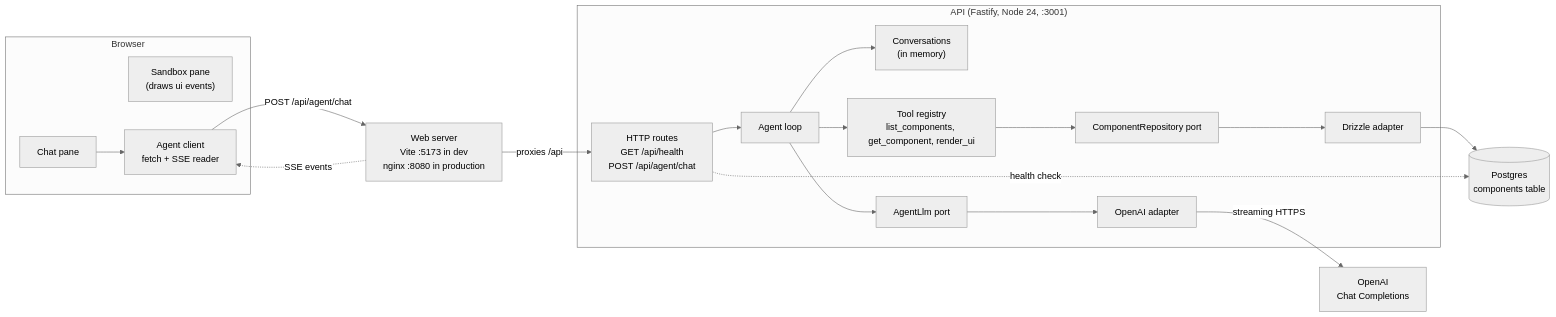
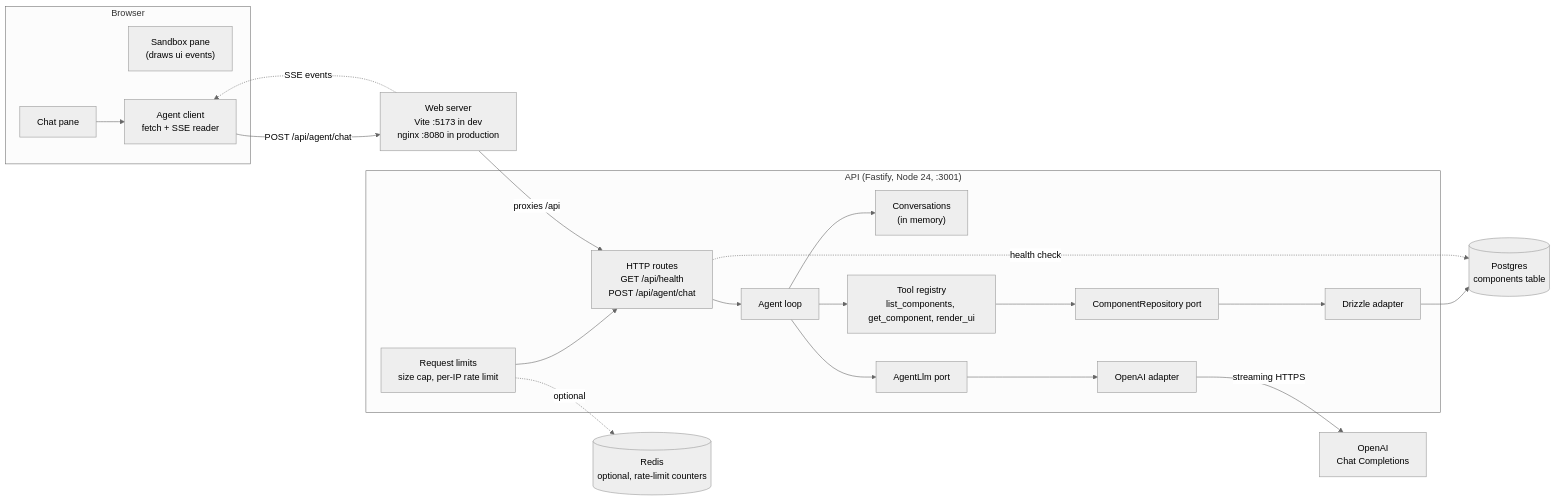
One commit to daniel-citrus/genui-prototype changed the first of 3 diagrams in docs/ARCHITECTURE.md. Above: the diagram before and after it, drawn with Mermaid (neutral theme). The commit also changed other lines of this file and 4 other files, not shown here.

Commit message:
Document the request limits and their settings; remove the proposal doc

````diff
--- a/docs/ARCHITECTURE.md
+++ b/docs/ARCHITECTURE.md
@@ -22,39 +22,43 @@
 ```mermaid
 flowchart LR
   subgraph Browser
     Chat["Chat pane"]
     Sandbox["Sandbox pane<br/>(draws ui events)"]
     Client["Agent client<br/>fetch + SSE reader"]
     Chat --> Client
   end
 
   Edge["Web server<br/>Vite :5173 in dev<br/>nginx :8080 in production"]
 
   subgraph API ["API (Fastify, Node 24, :3001)"]
+    Limits["Request limits<br/>size cap, per-IP rate limit"]
     Routes["HTTP routes<br/>GET /api/health<br/>POST /api/agent/chat"]
     Loop["Agent loop"]
     Convos["Conversations<br/>(in memory)"]
     Tools["Tool registry<br/>list_components, get_component, render_ui"]
     LlmPort["AgentLlm port"]
     RepoPort["ComponentRepository port"]
     OpenAIAdapter["OpenAI adapter"]
     DbAdapter["Drizzle adapter"]
+    Limits --> Routes
     Routes --> Loop
     Loop --> Convos
     Loop --> Tools
     Loop --> LlmPort
     Tools --> RepoPort
     LlmPort --> OpenAIAdapter
     RepoPort --> DbAdapter
   end
 
   OpenAI["OpenAI<br/>Chat Completions"]
   DB[("Postgres<br/>components table")]
+  Redis[("Redis<br/>optional, rate-limit counters")]
 
   Client -- "POST /api/agent/chat" --> Edge
   Edge -- "proxies /api" --> Routes
   Edge -. "SSE events" .-> Client
   OpenAIAdapter -- "streaming HTTPS" --> OpenAI
   DbAdapter --> DB
+  Limits -. "optional" .-> Redis
   Routes -. "health check" .-> DB
 ```
````
